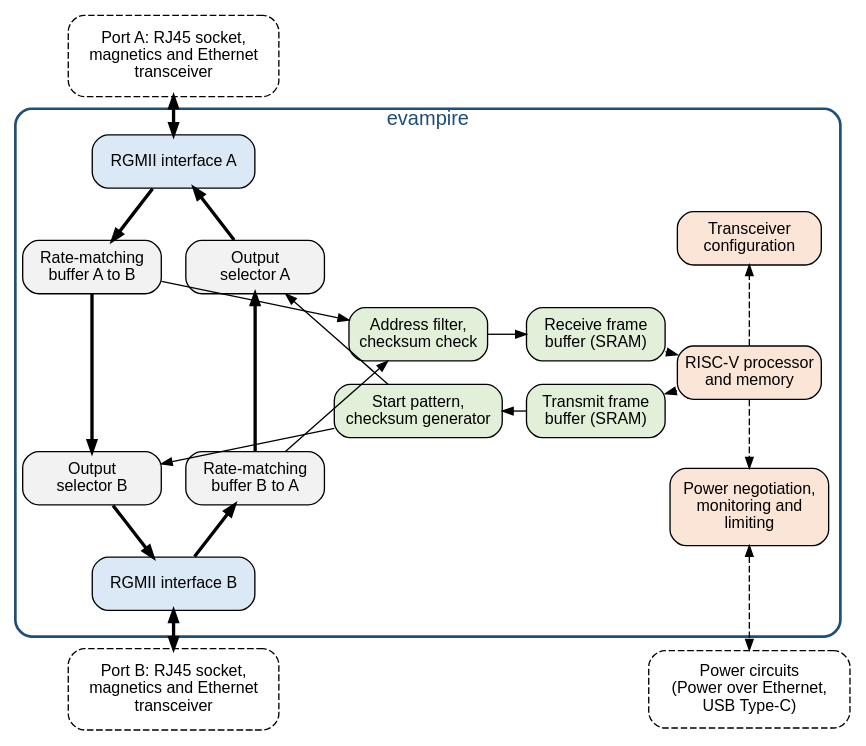
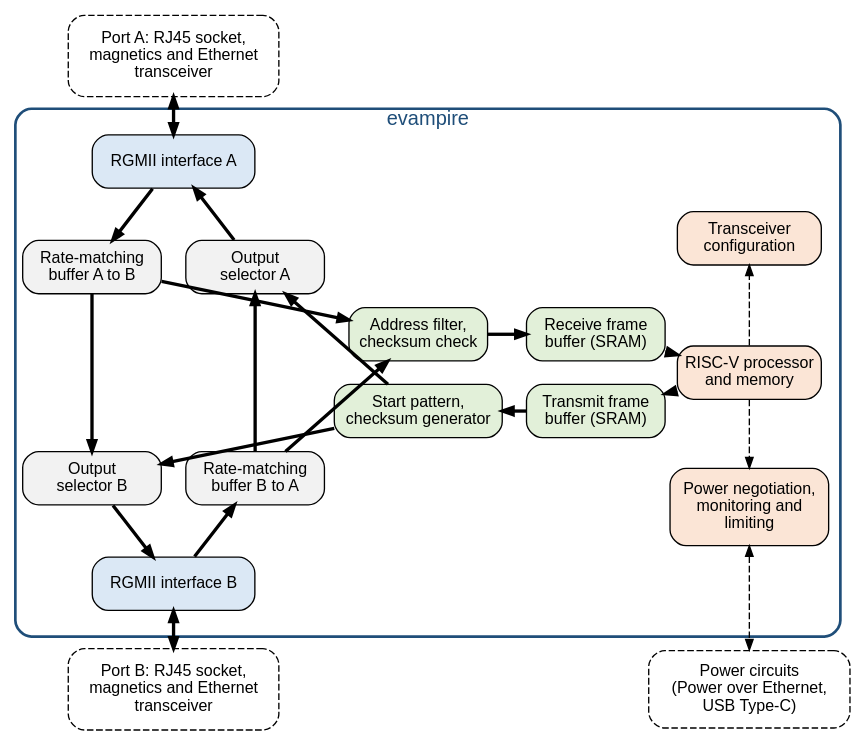
One commit to mithro/evampire changed the diagram in docs/architecture/block-diagram.dot. Above: the diagram before and after it, drawn with Graphviz. The commit also changed 3 other files, not shown here.

First line of the commit message:
Describe the board configurations once and reference every figure

```diff
--- a/docs/architecture/block-diagram.dot
+++ b/docs/architecture/block-diagram.dot
@@ -1,99 +1,102 @@
 // evampire block diagram.
 // Bold arrows: Ethernet frame data. Dashed arrows: control.
+// Fill colours: white with a dashed outline, parts outside the chip; blue,
+// RGMII interfaces; grey, the forwarding path; green, the processor's frame
+// path; orange, the processor and its control interfaces.
 //
 // The blocks are placed on a fixed grid (positions in inches) so that the
 // diagram reads top to bottom and fits the width of a documentation page:
 //
 //   column 1 (x=1.0)  forwarding path from port A to port B (downwards)
 //   column 2 (x=2.7)  forwarding path from port B to port A (upwards)
 //   column 3 (x=4.4)  address filter and frame generator
 //   column 4 (x=6.25)  frame buffers
 //   column 5 (x=7.85)  processor and its control interfaces
 //
 // SPDX-License-Identifier: Apache-2.0
 
 digraph evampire {
     graph [layout=neato, splines=false, overlap=true, outputorder=nodesfirst,
            fontname="Helvetica"];
     node  [shape=box, style="rounded,filled", fillcolor="#f2f2f2",
            fontname="Helvetica", fontsize=12, width=1.45, height=0.55,
            fixedsize=true];
     edge  [arrowsize=0.8];
 
     // Outline of the chip, drawn first so it sits behind the blocks.
     chip [label="evampire", labelloc=t, fontsize=15, fontcolor="#1f4e79",
           pos="4.5,5.0!", width=8.6, height=5.5, style="rounded,bold",
           color="#1f4e79", fillcolor="none"];
 
     // Off-chip parts.
     port_a [pos="1.85,8.3!", width=2.2, height=0.85,
             label="Port A: RJ45 socket,\nmagnetics and Ethernet\ntransceiver",
             style="rounded,filled,dashed", fillcolor="#ffffff"];
     port_b [pos="1.85,1.7!", width=2.2, height=0.85,
             label="Port B: RJ45 socket,\nmagnetics and Ethernet\ntransceiver",
             style="rounded,filled,dashed", fillcolor="#ffffff"];
     power  [pos="7.85,1.7!", width=2.1, height=0.8,
             label="Power circuits\n(Power over Ethernet,\nUSB Type-C)",
             style="rounded,filled,dashed", fillcolor="#ffffff"];
 
     // RGMII interfaces.
     rgmii_a [pos="1.85,7.2!", label="RGMII interface A", width=1.7,
              fillcolor="#dbe8f5"];
     rgmii_b [pos="1.85,2.8!", label="RGMII interface B", width=1.7,
              fillcolor="#dbe8f5"];
 
     // Cut-through forwarding.
     fifo_ab [pos="1.0,6.1!", label="Rate-matching\nbuffer A to B"];
     mux_b   [pos="1.0,3.9!", label="Output\nselector B"];
     mux_a   [pos="2.7,6.1!", label="Output\nselector A"];
     fifo_ba [pos="2.7,3.9!", label="Rate-matching\nbuffer B to A"];
 
     // Internal port.
     filt  [pos="4.4,5.4!", label="Address filter,\nchecksum check",
            fillcolor="#e2f0d9"];
     txgen [pos="4.4,4.6!", label="Start pattern,\nchecksum generator",
            fillcolor="#e2f0d9", width=1.75];
     rxbuf [pos="6.25,5.4!", label="Receive frame\nbuffer (SRAM)",
            fillcolor="#e2f0d9"];
     txbuf [pos="6.25,4.6!", label="Transmit frame\nbuffer (SRAM)",
            fillcolor="#e2f0d9"];
 
     // Microcontroller.
     cpu  [pos="7.85,5.0!", label="RISC-V processor\nand memory",
           fillcolor="#fbe5d6", width=1.5];
     mdio [pos="7.85,6.4!", label="Transceiver\nconfiguration",
           fillcolor="#fbe5d6", width=1.5];
     pwr  [pos="7.85,3.6!", label="Power negotiation,\nmonitoring and\nlimiting",
           fillcolor="#fbe5d6", width=1.65, height=0.8];
 
     // Cable side.
     port_a  -> rgmii_a [dir=both, penwidth=2.5];
     rgmii_b -> port_b  [dir=both, penwidth=2.5];
 
     // Forwarding, A to B.
     rgmii_a -> fifo_ab [penwidth=2.5];
     fifo_ab -> mux_b   [penwidth=2.5];
     mux_b   -> rgmii_b [penwidth=2.5];
 
     // Forwarding, B to A.
     rgmii_b -> fifo_ba [penwidth=2.5];
     fifo_ba -> mux_a   [penwidth=2.5];
     mux_a   -> rgmii_a [penwidth=2.5];
 
     // Frames copied to the processor.
-    fifo_ab -> filt;
-    fifo_ba -> filt;
-    filt    -> rxbuf;
-    rxbuf   -> cpu;
+    fifo_ab -> filt [penwidth=2.5];
+    fifo_ba -> filt [penwidth=2.5];
+    filt    -> rxbuf [penwidth=2.5];
+    rxbuf   -> cpu [penwidth=2.5];
 
     // Frames sent by the processor.
-    cpu   -> txbuf;
-    txbuf -> txgen;
-    txgen -> mux_a;
-    txgen -> mux_b;
+    cpu   -> txbuf [penwidth=2.5];
+    txbuf -> txgen [penwidth=2.5];
+    txgen -> mux_a [penwidth=2.5];
+    txgen -> mux_b [penwidth=2.5];
 
     // Control.
     cpu -> mdio  [style=dashed];
     cpu -> pwr   [style=dashed];
     pwr -> power [style=dashed, dir=both];
 }
```
